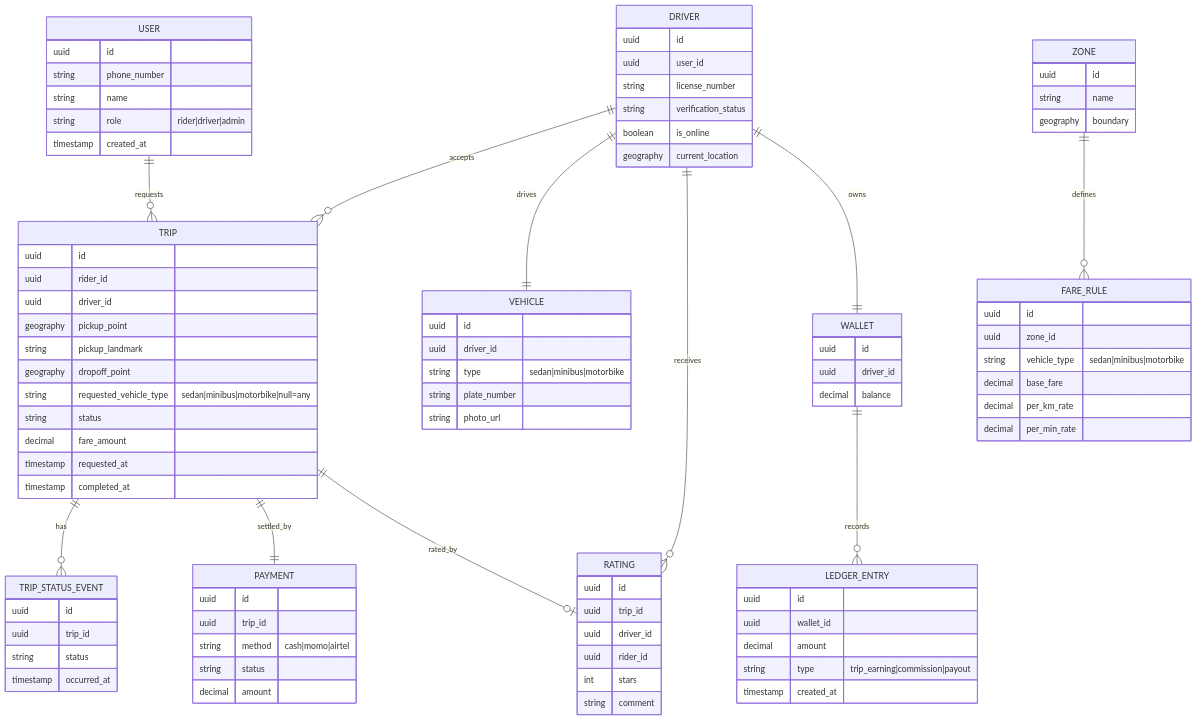
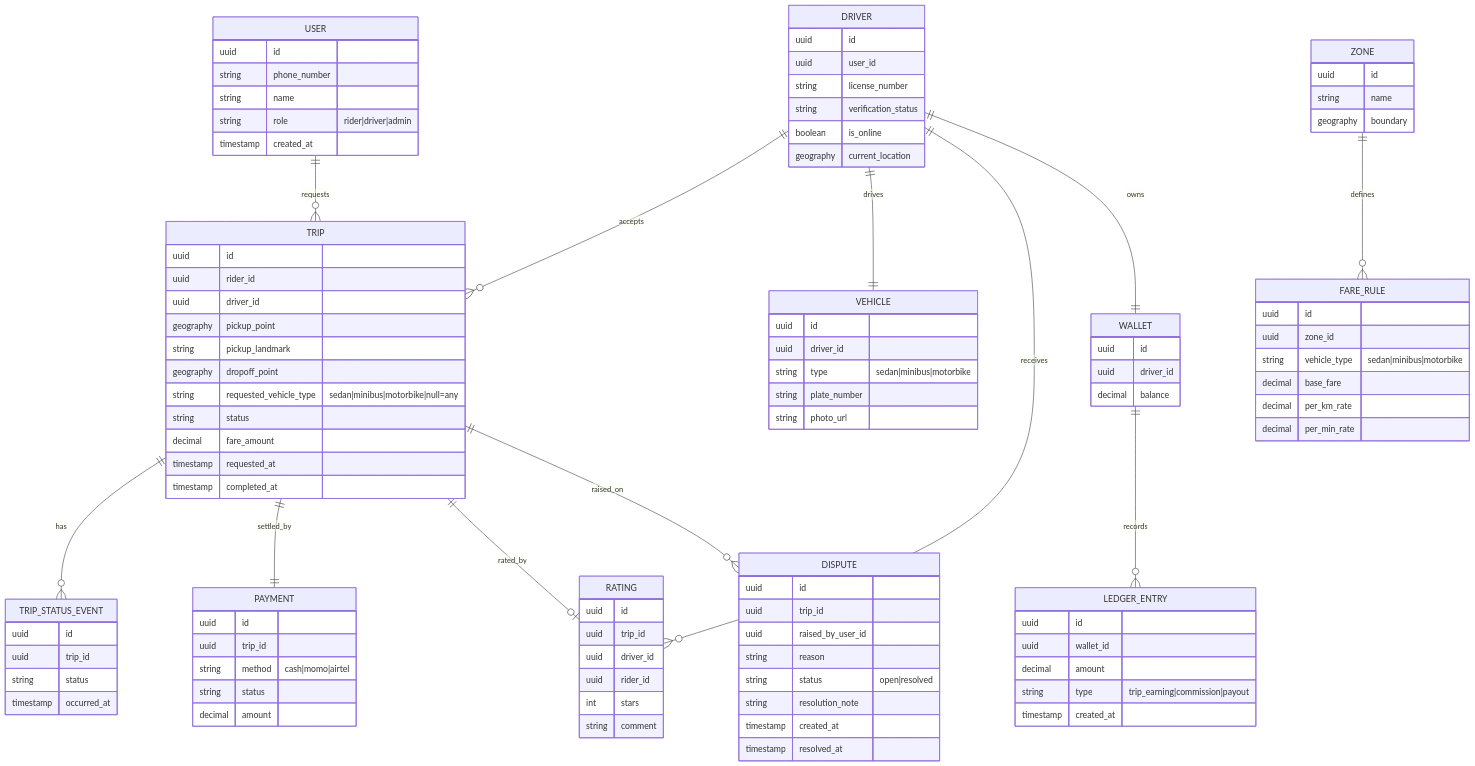
One commit to Kamela1987/Project1- changed the second of 3 diagrams in docs/MONZE_RIDE_ARCHITECTURE.md. Above: the diagram before and after it, drawn with Mermaid. The commit also changed other lines of this file and 51 other files, not shown here.

```diff
--- a/docs/MONZE_RIDE_ARCHITECTURE.md
+++ b/docs/MONZE_RIDE_ARCHITECTURE.md
@@ -115,6 +115,7 @@
     ZONE ||--o{ FARE_RULE : defines
     DRIVER ||--|| WALLET : owns
     WALLET ||--o{ LEDGER_ENTRY : records
+    TRIP ||--o{ DISPUTE : raised_on
 
     USER {
         uuid id
@@ -177,6 +178,16 @@
         string name
         geography boundary
     }
+    DISPUTE {
+        uuid id
+        uuid trip_id
+        uuid raised_by_user_id
+        string reason
+        string status "open|resolved"
+        string resolution_note
+        timestamp created_at
+        timestamp resolved_at
+    }
     FARE_RULE {
         uuid id
         uuid zone_id
```
